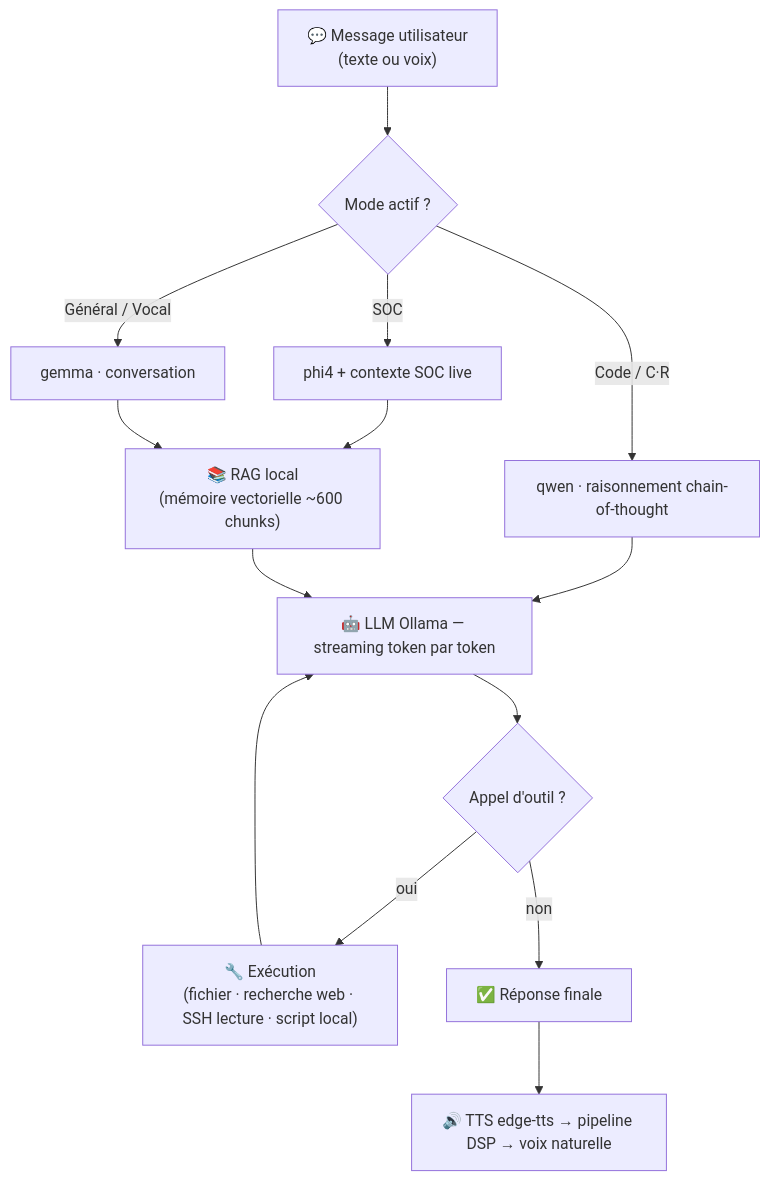
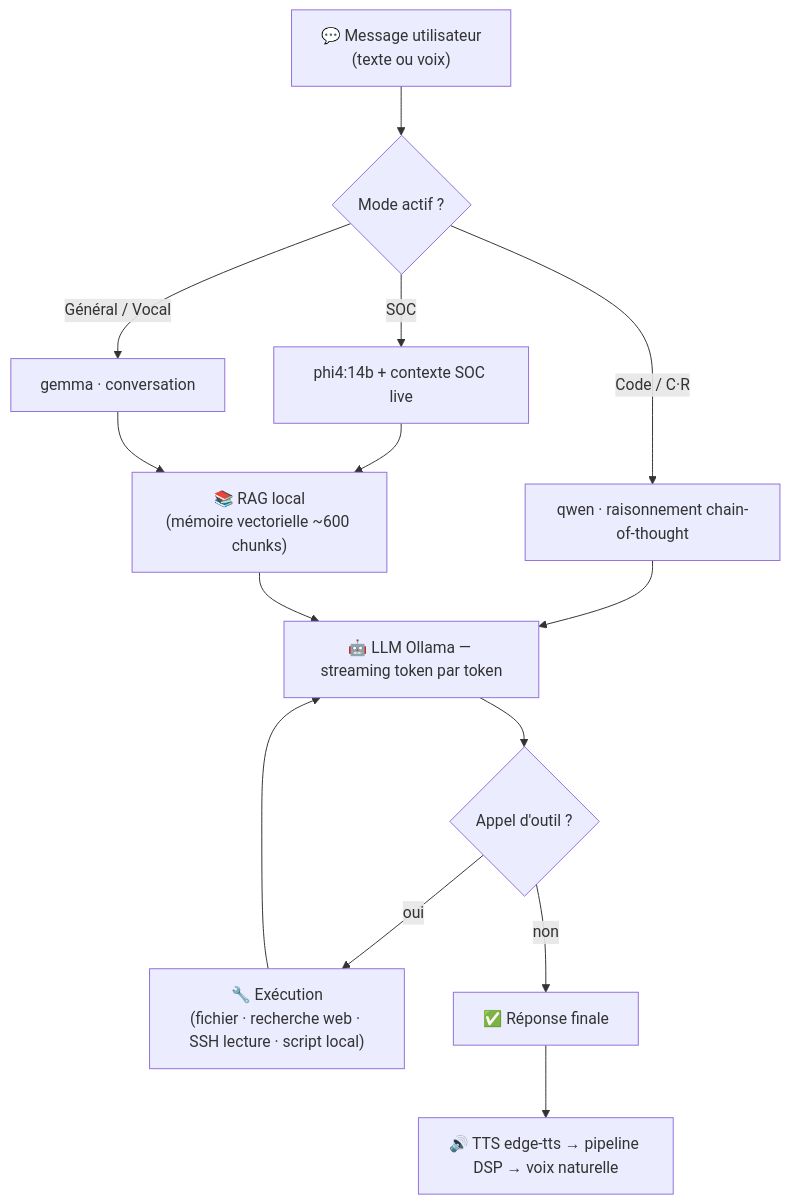
The second of 6 diagrams in README.md (0xCyberLiTech/JARVIS), drawn with Mermaid before and after one commit.

Commit message:
docs(jarvis): aligne le noeud diagramme phi4 -> phi4:14b (coherence)

````diff
--- a/README.md
+++ b/README.md
@@ -208,16 +208,16 @@
 ```mermaid
 flowchart TD
     A["💬 Message utilisateur<br/>(texte ou voix)"] --> B{"Mode actif ?"}
-    B -->|SOC| C["phi4 + contexte SOC live"]
+    B -->|SOC| C["phi4:14b + contexte SOC live"]
     B -->|Code / C·R| D["qwen · raisonnement chain-of-thought"]
     B -->|Général / Vocal| E["gemma · conversation"]
     C --> R["📚 RAG local<br/>(mémoire vectorielle ~600 chunks)"]
     D --> F
     E --> R
     R --> F["🤖 LLM Ollama — streaming token par token"]
     F --> G{"Appel d'outil ?"}
     G -->|oui| H["🔧 Exécution<br/>(fichier · recherche web · SSH lecture · script local)"]
     H --> F
     G -->|non| I["✅ Réponse finale"]
     I --> J["🔊 TTS edge-tts → pipeline DSP → voix naturelle"]
 ```
````
